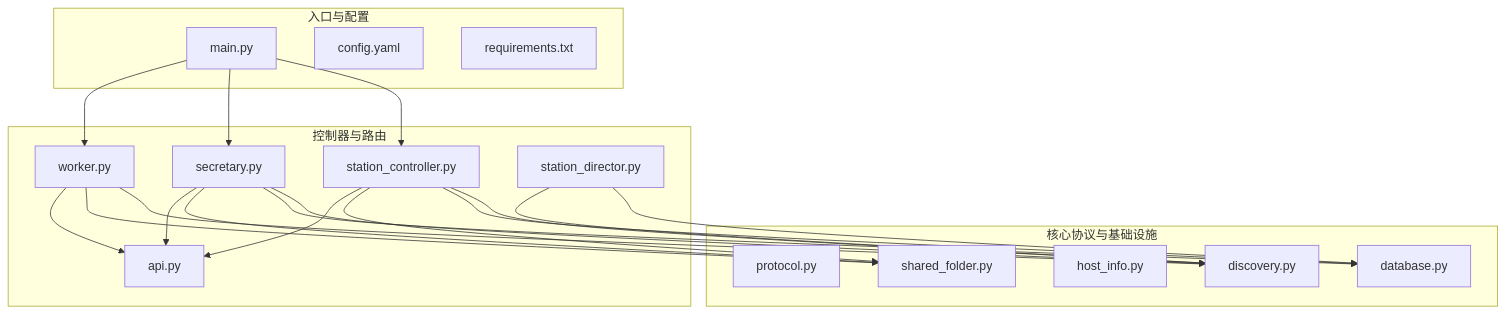
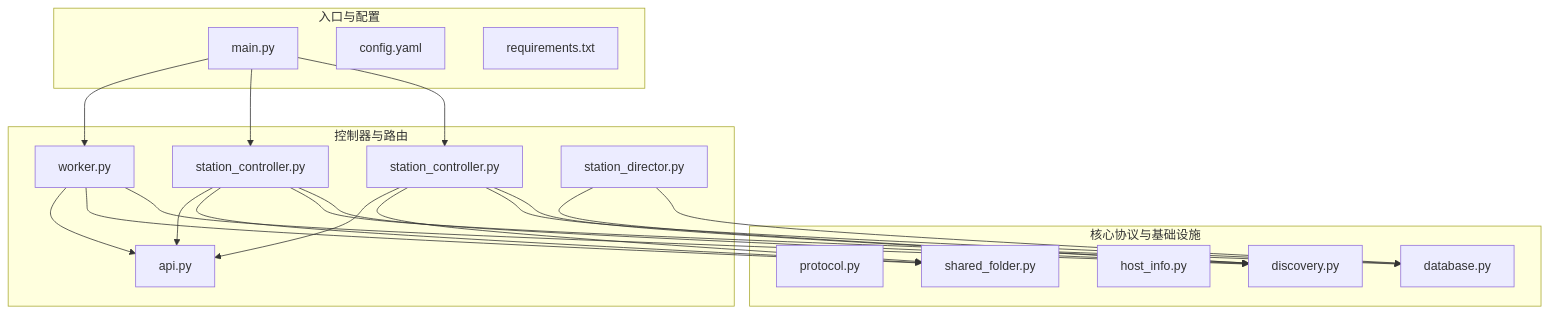
One commit to targalian/Personal-distributed-workstation changed the first of 9 diagrams in .qoder/repowiki/zh/content/核心模块/P2P 点对点通信系统.md. Above: the diagram before and after it, drawn with Mermaid. The commit also changed other lines of this file and 63 other files, not shown here.

Commit message:
docs(station): 同步 repo wiki 至 station_controller/station_api 架构

````diff
--- a/.qoder/repowiki/zh/content/核心模块/P2P 点对点通信系统.md
+++ b/.qoder/repowiki/zh/content/核心模块/P2P 点对点通信系统.md
@@ -43,38 +43,38 @@
 ```mermaid
 graph TB
 subgraph "入口与配置"
 MAIN["main.py"]
 CFG["config.yaml"]
 REQ["requirements.txt"]
 end
 subgraph "核心协议与基础设施"
 PROT["protocol.py"]
 DISC["discovery.py"]
 HOST["host_info.py"]
 SHARE["shared_folder.py"]
 DB["database.py"]
 end
 subgraph "控制器与路由"
 STATION_CTRL["station_controller.py"]
-SECRETARY["secretary.py"]
+SECRETARY["station_controller.py"]
 WORKER["worker.py"]
 API["api.py"]
 STATION_DIR["station_director.py"]
 end
 MAIN --> STATION_CTRL
 MAIN --> SECRETARY
 MAIN --> WORKER
 STATION_CTRL --> DISC
 STATION_CTRL --> DB
 STATION_CTRL --> SHARE
 SECRETARY --> DISC
 SECRETARY --> DB
 SECRETARY --> SHARE
 WORKER --> DISC
 WORKER --> SHARE
 STATION_CTRL --> API
 SECRETARY --> API
 WORKER --> API
 STATION_DIR --> DB
 STATION_DIR --> DISC
 ```
````
